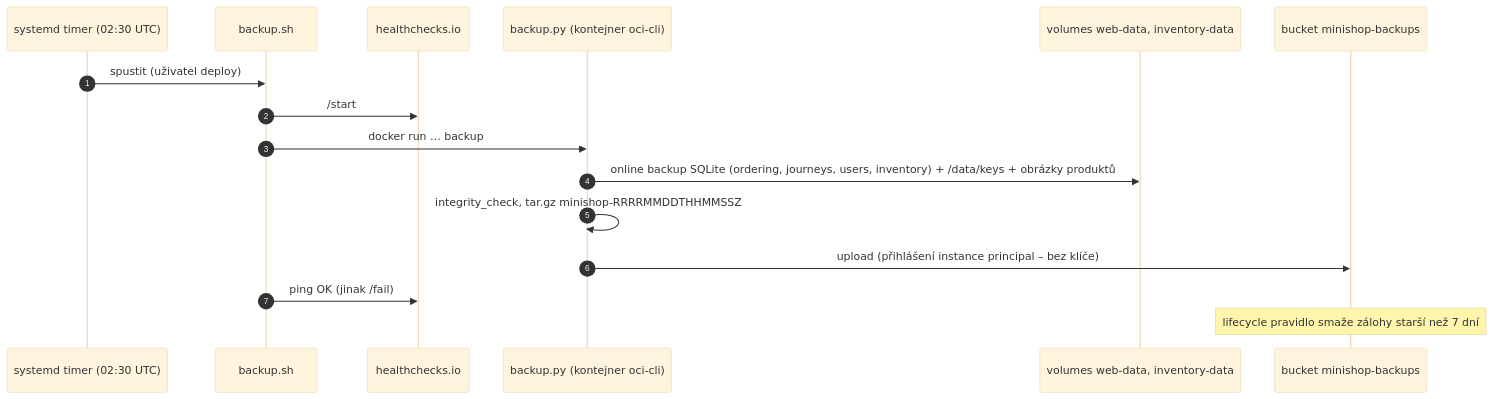
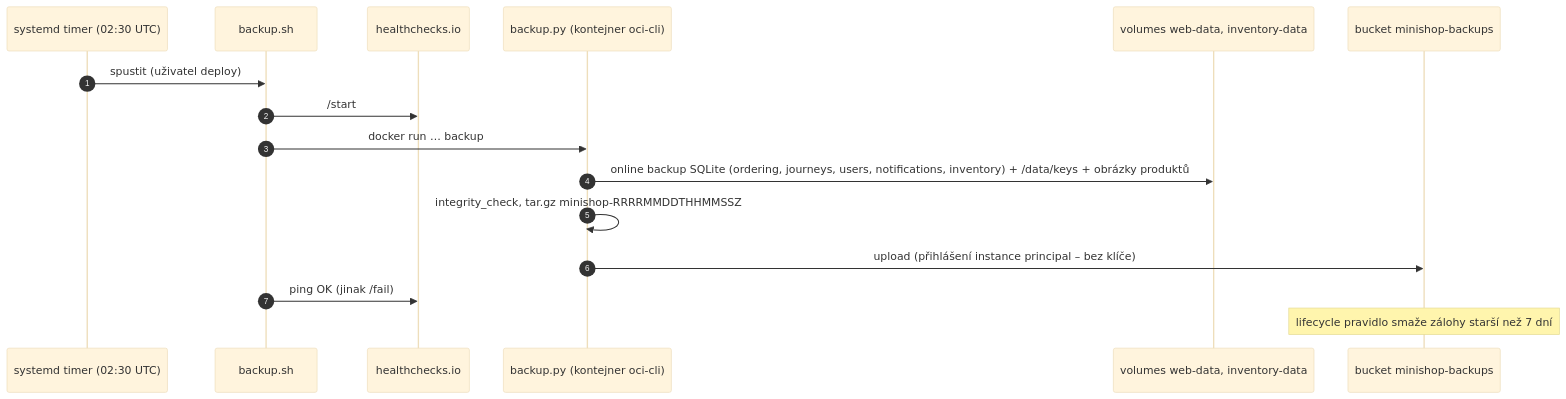
The diagram in docs/prirucka/nasazeni/zalohy.md (ftichy/MiniShop), drawn with Mermaid (base theme) before and after one commit. The commit also changed 59 other files, not shown here.

````diff
--- a/docs/prirucka/nasazeni/zalohy.md
+++ b/docs/prirucka/nasazeni/zalohy.md
@@ -12,19 +12,19 @@
 ```mermaid
 sequenceDiagram
     autonumber
     participant T as systemd timer (02:30 UTC)
     participant S as backup.sh
     participant HC as healthchecks.io
     participant P as backup.py (kontejner oci-cli)
     participant V as volumes web-data, inventory-data
     participant B as bucket minishop-backups
 
     T->>S: spustit (uživatel deploy)
     S->>HC: /start
     S->>P: docker run … backup
-    P->>V: online backup SQLite (ordering, journeys, users, inventory) + /data/keys + obrázky produktů
+    P->>V: online backup SQLite (ordering, journeys, users, notifications, inventory) + /data/keys + obrázky produktů
     P->>P: integrity_check, tar.gz minishop-RRRRMMDDTHHMMSSZ
     P->>B: upload (přihlášení instance principal – bez klíče)
     S->>HC: ping OK (jinak /fail)
     Note over B: lifecycle pravidlo smaže zálohy starší než 7 dní
 ```
````
